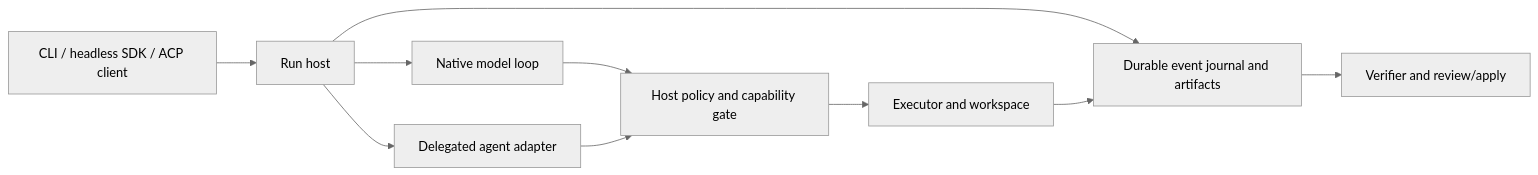
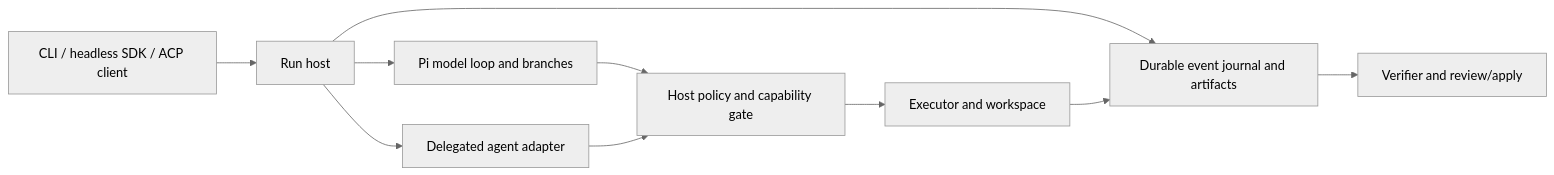
The diagram in research/docs/design/synthesis.md (OctoKon/Octo-Harness), drawn with Mermaid (neutral theme) before and after one commit. The commit also changed other lines of this file and 60 other files, not shown here.

````diff
--- a/research/docs/design/synthesis.md
+++ b/research/docs/design/synthesis.md
@@ -27,12 +31,12 @@
 ```mermaid
 flowchart LR
   UI[CLI / headless SDK / ACP client] --> H[Run host]
-  H --> M[Native model loop]
+  H --> M[Pi model loop and branches]
   H --> D[Delegated agent adapter]
   M --> P[Host policy and capability gate]
   D --> P
   P --> X[Executor and workspace]
   H --> J[Durable event journal and artifacts]
   X --> J
   J --> V[Verifier and review/apply]
 ```
````
